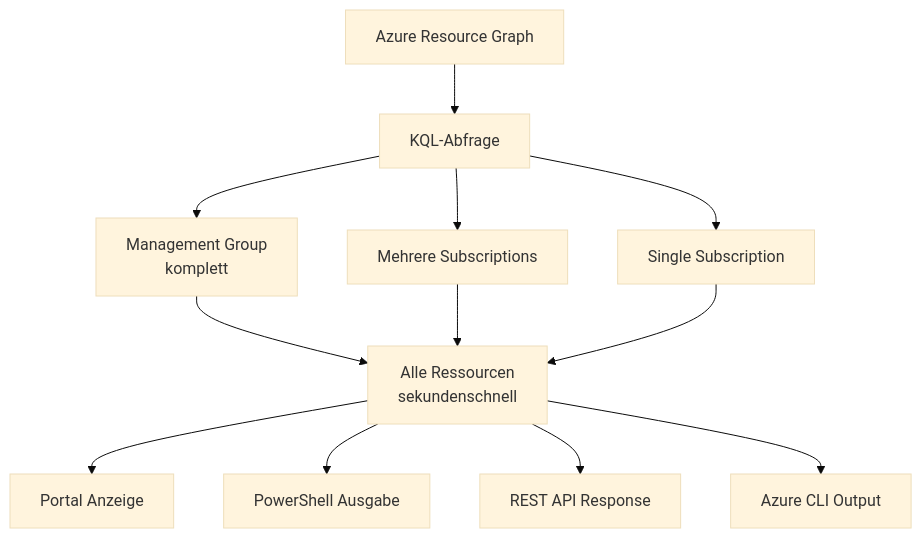
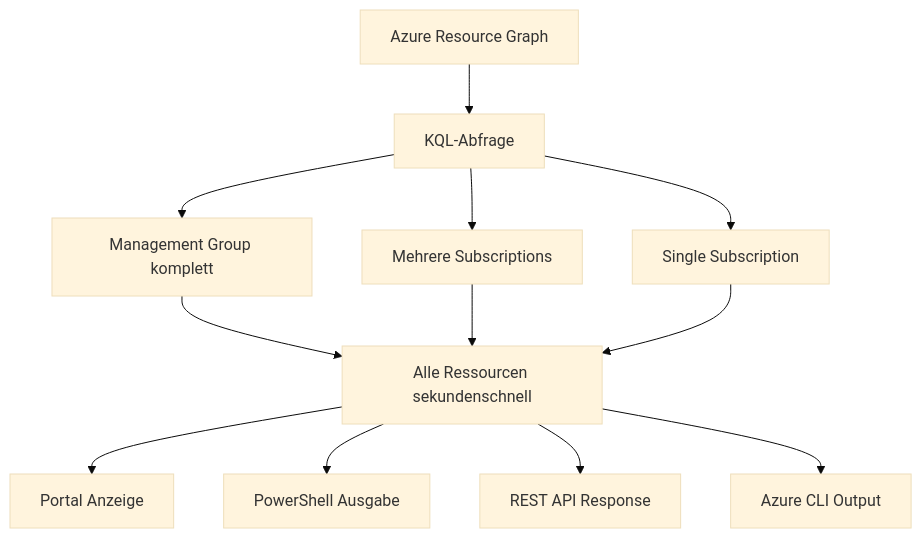
Before and after one commit to SoniiiT/notes-n-docs: the diagram in Microsoft 365/Azure/Monitor und Management/Azure Resource Graph.md, drawn with Mermaid (base theme). The commit also changed 124 other files, not shown here.

First line of the commit message:
fix: Entferne \n aus allen Mermaid-Diagrammen (125 Dateien)

````diff
--- a/Microsoft 365/Azure/Monitor und Management/Azure Resource Graph.md
+++ b/Microsoft 365/Azure/Monitor und Management/Azure Resource Graph.md
@@ -31,14 +31,14 @@
 ```mermaid
 graph TD
     A[Azure Resource Graph] --> B[KQL-Abfrage]
-    B --> C[Management Group\nkomplett]
+    B --> C[Management Group komplett]
     B --> D[Mehrere Subscriptions]
     B --> E[Single Subscription]
-    C --> F[Alle Ressourcen\nsekundenschnell]
+    C --> F[Alle Ressourcen sekundenschnell]
     D --> F
     E --> F
     F --> G[Portal Anzeige]
     F --> H[PowerShell Ausgabe]
     F --> I[REST API Response]
     F --> J[Azure CLI Output]
 ```
````
